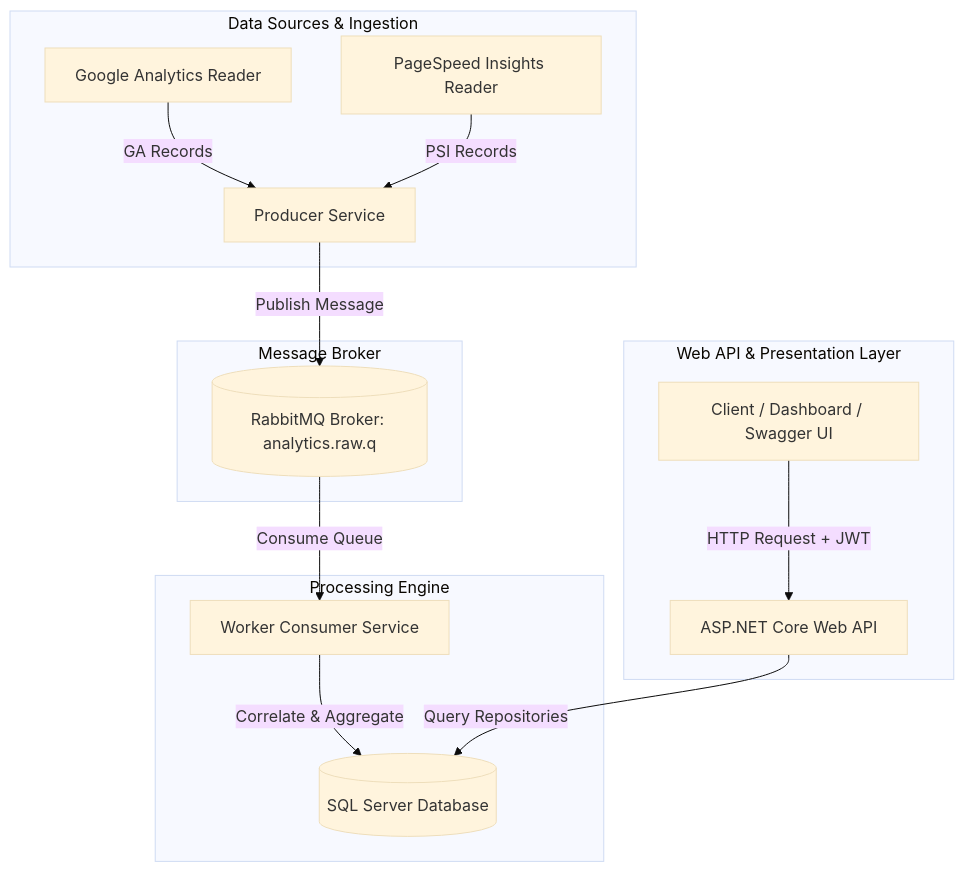
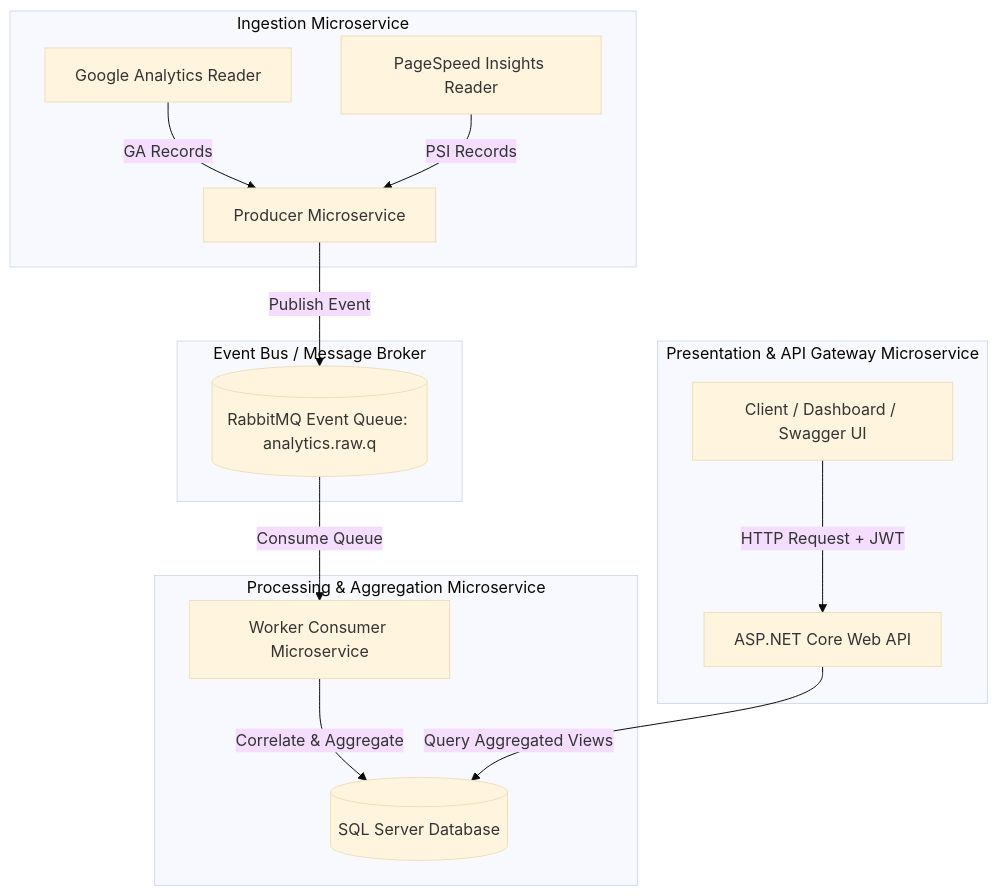
The diagram in README.md (AhmedHamdiSaeed/WebAnalyticsAggregator), drawn with Mermaid (base theme) before and after one commit. The commit also changed other lines of this file and 3 other files, not shown here.

Commit message:
docs: emphasize Event-Driven Microservices Architecture in docs & UI

````diff
--- a/README.md
+++ b/README.md
@@ -42,21 +43,21 @@
 ```mermaid
 flowchart TD
-    subgraph Data Sources & Ingestion
-        GA[Google Analytics Reader] -->|GA Records| PROD[Producer Service]
+    subgraph Ingestion Microservice
+        GA[Google Analytics Reader] -->|GA Records| PROD[Producer Microservice]
         PSI[PageSpeed Insights Reader] -->|PSI Records| PROD
     end
 
-    subgraph Message Broker
-        PROD -->|Publish Message| RMQ[(RabbitMQ Broker: analytics.raw.q)]
+    subgraph Event Bus / Message Broker
+        PROD -->|Publish Event| RMQ[(RabbitMQ Event Queue: analytics.raw.q)]
     end
 
-    subgraph Processing Engine
-        RMQ -->|Consume Queue| WRK[Worker Consumer Service]
+    subgraph Processing & Aggregation Microservice
+        RMQ -->|Consume Queue| WRK[Worker Consumer Microservice]
         WRK -->|Correlate & Aggregate| DB[(SQL Server Database)]
     end
 
-    subgraph Web API & Presentation Layer
+    subgraph Presentation & API Gateway Microservice
         CLIENT[Client / Dashboard / Swagger UI] -->|HTTP Request + JWT| API[ASP.NET Core Web API]
-        API -->|Query Repositories| DB
+        API -->|Query Aggregated Views| DB
     end
 ```
````
